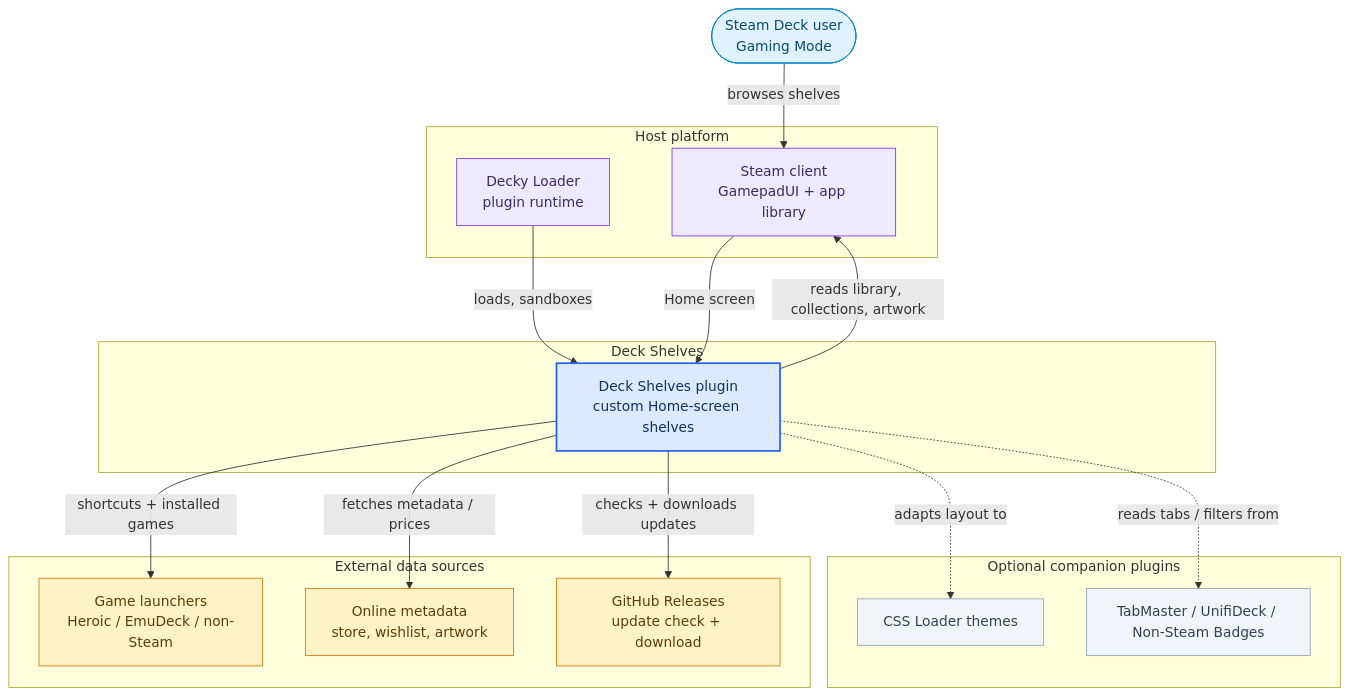
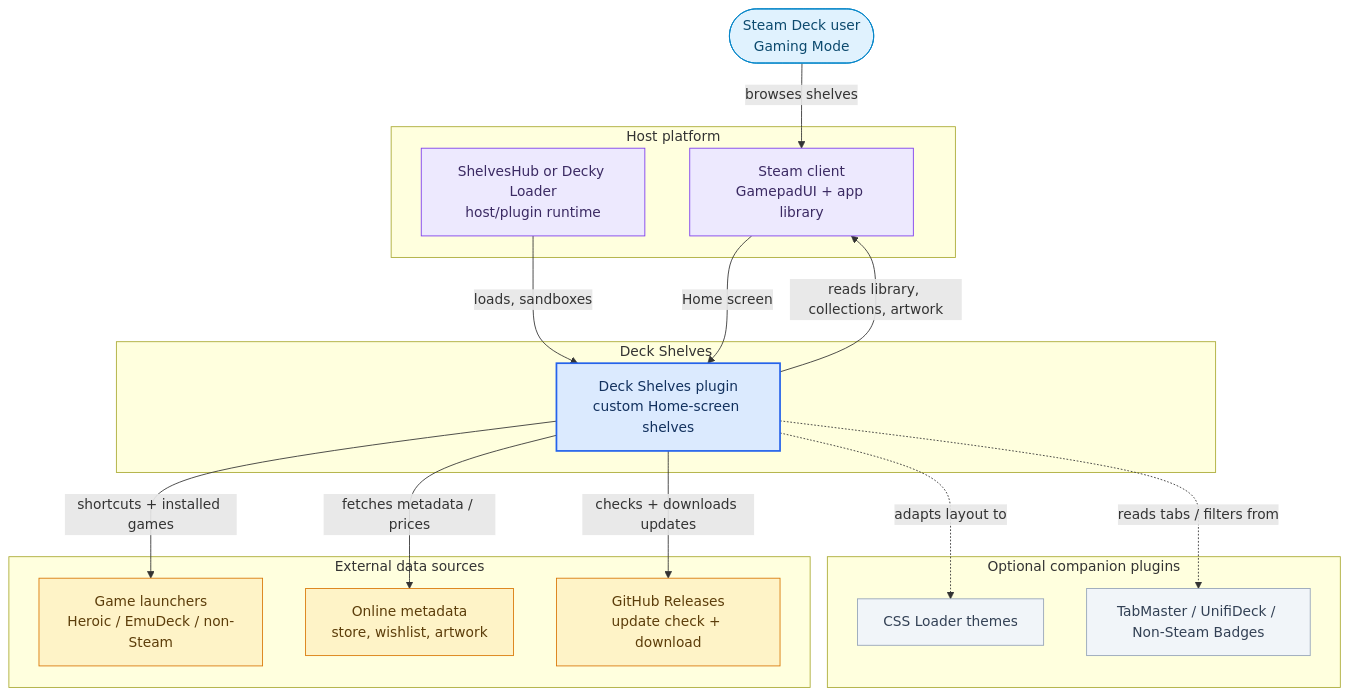
The first of 3 diagrams in docs/architecture.md (santojon/Deck-Shelves), drawn with Mermaid before and after one commit. The commit also changed other lines of this file and 7 other files, not shown here.

````diff
--- a/docs/architecture.md
+++ b/docs/architecture.md
@@ -16,45 +18,45 @@
 ```mermaid
 flowchart TB
     user(["Steam Deck user<br/>Gaming Mode"])
 
     subgraph deckshelves["Deck Shelves"]
         plugin["Deck Shelves plugin<br/>custom Home-screen shelves"]
     end
 
     subgraph host["Host platform"]
-        decky["Decky Loader<br/>plugin runtime"]
+        decky["ShelvesHub or Decky Loader<br/>host/plugin runtime"]
         steam["Steam client<br/>GamepadUI + app library"]
     end
 
     subgraph external["External data sources"]
         launchers["Game launchers<br/>Heroic / EmuDeck / non-Steam"]
         online["Online metadata<br/>store, wishlist, artwork"]
         gh["GitHub Releases<br/>update check + download"]
     end
 
     subgraph optional["Optional companion plugins"]
         css["CSS Loader themes"]
         tabmaster["TabMaster / UnifiDeck / Non-Steam Badges"]
     end
 
     user -->|"browses shelves"| steam
     steam -->|"Home screen"| plugin
     decky -->|"loads, sandboxes"| plugin
     plugin -->|"reads library, collections, artwork"| steam
     plugin -->|"shortcuts + installed games"| launchers
     plugin -->|"fetches metadata / prices"| online
     plugin -->|"checks + downloads updates"| gh
     plugin -.->|"adapts layout to"| css
     plugin -.->|"reads tabs / filters from"| tabmaster
 
     classDef ds fill:#dbeafe,stroke:#2563eb,stroke-width:2px,color:#12315e
     classDef platform fill:#ede9fe,stroke:#7c3aed,color:#3b2a63
     classDef ext fill:#fef3c7,stroke:#d97706,color:#5c3d0a
     classDef opt fill:#f1f5f9,stroke:#94a3b8,color:#334155
     classDef actor fill:#e0f2fe,stroke:#0284c7,color:#0c4a6e
     class plugin ds
     class decky,steam platform
     class launchers,online,gh ext
     class css,tabmaster opt
     class user actor
 ```
````
